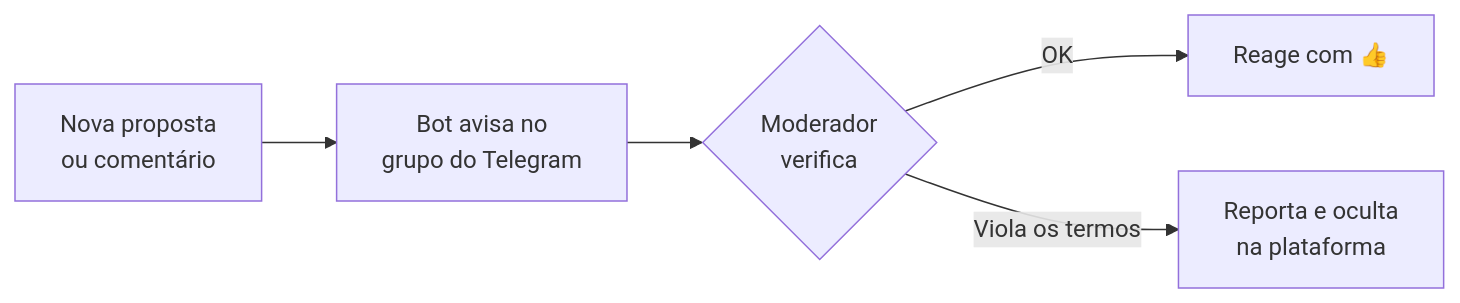
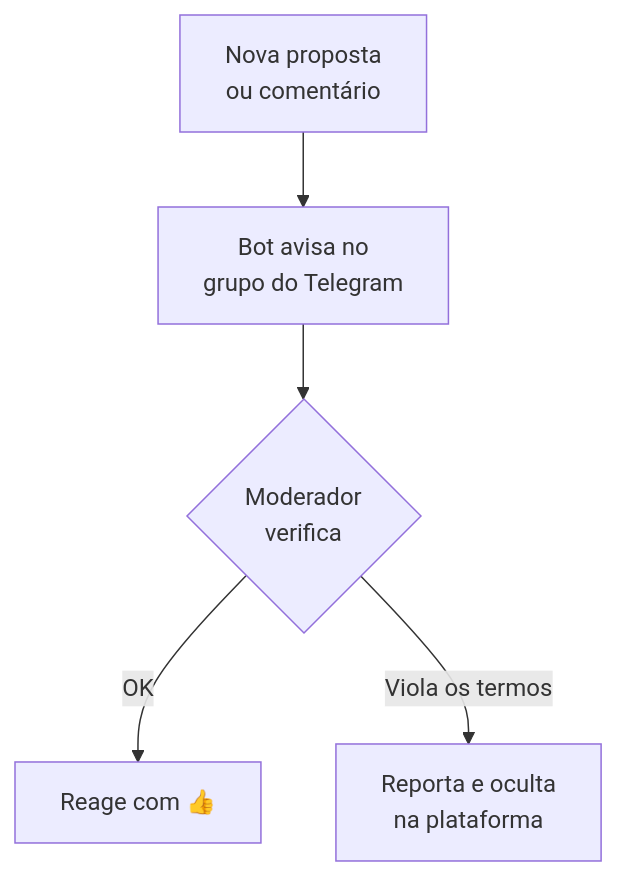
Before and after one commit to RochaCarla/doc-bp: the diagram in docs/manual/moderacao.md, drawn with Mermaid. The commit also changed 44 other files, not shown here.

First line of the commit message:
feat: aba Estudos, e-book em PDF e diagramas legíveis

````diff
--- a/docs/manual/moderacao.md
+++ b/docs/manual/moderacao.md
@@ -13,7 +13,7 @@
 ```mermaid
-flowchart LR
+flowchart TB
     A[Nova proposta<br/>ou comentário] --> B[Bot avisa no<br/>grupo do Telegram]
     B --> C{Moderador<br/>verifica}
     C -->|OK| D[Reage com 👍]
     C -->|Viola os termos| E[Reporta e oculta<br/>na plataforma]
 ```
````
